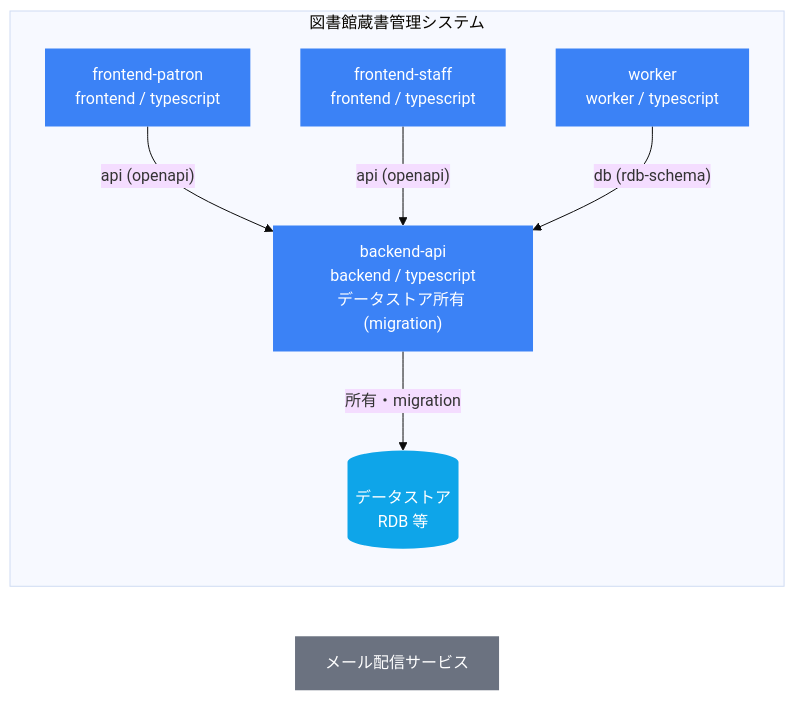
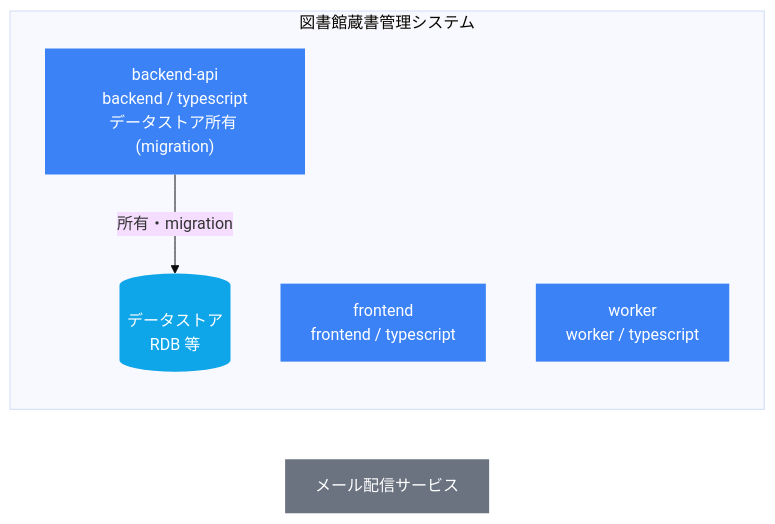
Before and after one commit to suwa-sh/suwa-sh-claude-plugins: the second of 3 diagrams in samples/distillery2/library-loan/docs/adr/architecture.md, drawn with Mermaid (base theme). The commit also changed other lines of this file and 249 other files, not shown here.

````diff
--- a/samples/distillery2/library-loan/docs/adr/architecture.md
+++ b/samples/distillery2/library-loan/docs/adr/architecture.md
@@ -29,20 +29,16 @@
 ```mermaid
 graph LR
   subgraph sys["図書館蔵書管理システム"]
     backend_api["backend-api<br/>backend / typescript<br/>データストア所有 (migration)"]:::tier
-    frontend_patron["frontend-patron<br/>frontend / typescript"]:::tier
-    frontend_staff["frontend-staff<br/>frontend / typescript"]:::tier
+    frontend["frontend<br/>frontend / typescript"]:::tier
     worker["worker<br/>worker / typescript"]:::tier
     datastore[("データストア<br/>RDB 等")]:::store
   end
   ext_1["メール配信サービス"]:::external
-  frontend_patron -->|"api (openapi)"| backend_api
-  frontend_staff -->|"api (openapi)"| backend_api
-  worker -->|"db (rdb-schema)"| backend_api
   backend_api -->|所有・migration| datastore
   classDef actor fill:#2563EB,color:#fff,stroke:none
   classDef system fill:#1E3A8A,color:#fff,stroke:none
   classDef tier fill:#3B82F6,color:#fff,stroke:none
   classDef store fill:#0EA5E9,color:#fff,stroke:none
   classDef external fill:#6B7280,color:#fff,stroke:none
 ```
````
